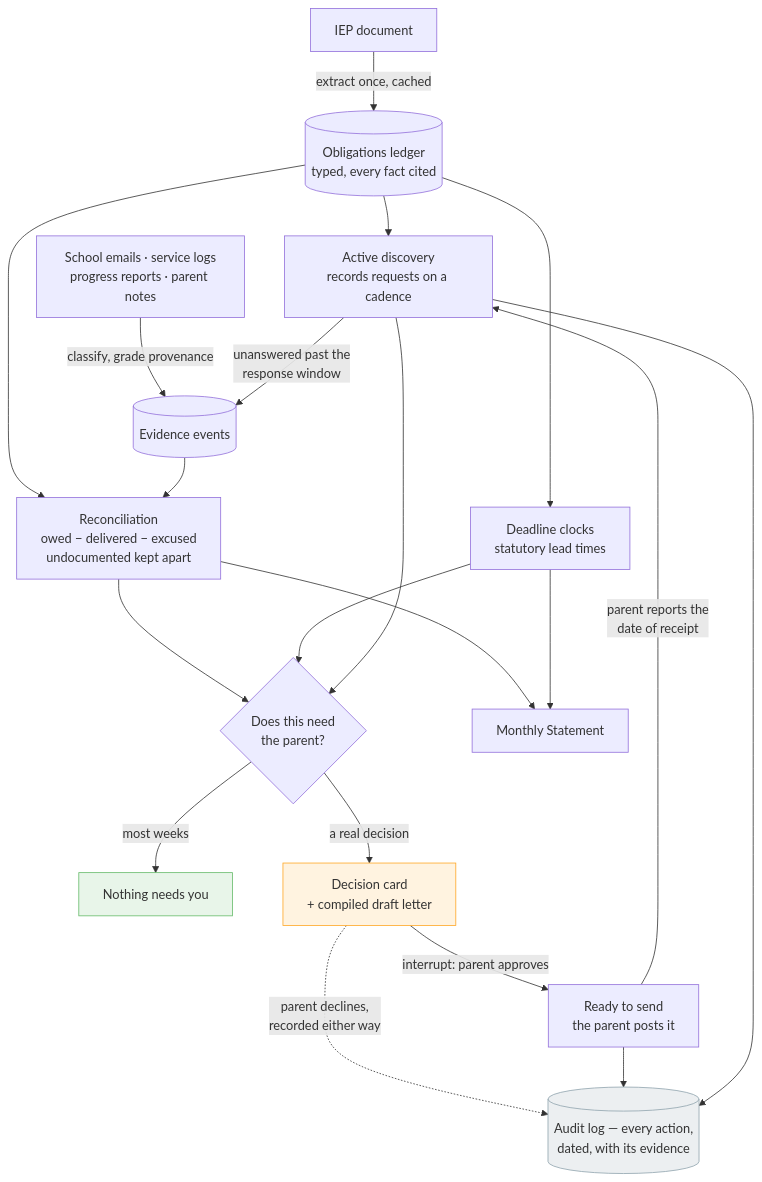
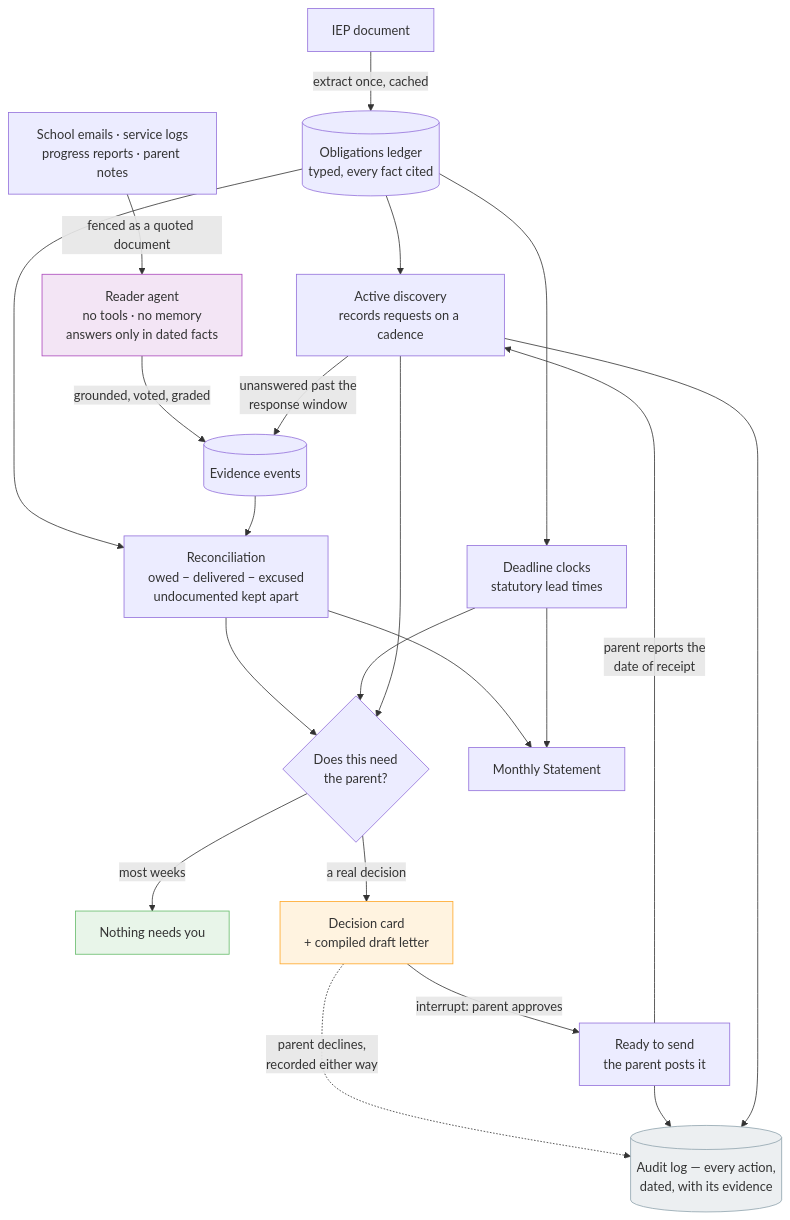
Before and after one commit to N-45div/Minutes: the diagram in README.md, drawn with Mermaid. The commit also changed other lines of this file and 4 other files, not shown here.

````diff
--- a/README.md
+++ b/README.md
@@ -47,38 +47,40 @@
 ```mermaid
 flowchart TB
     IEP[IEP document]
     MAIL[School emails · service logs<br/>progress reports · parent notes]
     AUDIT[(Audit log — every action,<br/>dated, with its evidence)]
 
     IEP -->|extract once, cached| LEDGER[(Obligations ledger<br/>typed, every fact cited)]
-    MAIL -->|classify, grade provenance| EVENTS[(Evidence events)]
+    MAIL -->|fenced as a quoted document| READER[Reader agent<br/>no tools · no memory<br/>answers only in dated facts]
+    READER -->|grounded, voted, graded| EVENTS[(Evidence events)]
 
     DISC[Active discovery<br/>records requests on a cadence] -->|unanswered past the<br/>response window| EVENTS
     LEDGER --> DISC
 
     LEDGER --> RECON[Reconciliation<br/>owed − delivered − excused<br/>undocumented kept apart]
     EVENTS --> RECON
 
     LEDGER --> CLOCKS[Deadline clocks<br/>statutory lead times]
 
     RECON --> DECIDE{Does this need<br/>the parent?}
     CLOCKS --> DECIDE
     DISC --> DECIDE
 
     DECIDE -->|most weeks| QUIET[Nothing needs you]
     DECIDE -->|a real decision| CARD[Decision card<br/>+ compiled draft letter]
 
     RECON --> STMT[Monthly Statement]
     CLOCKS --> STMT
 
     CARD -->|interrupt: parent approves| SEND[Ready to send<br/>the parent posts it]
     CARD -.->|parent declines,<br/>recorded either way| AUDIT
 
     SEND -->|parent reports the<br/>date of receipt| DISC
     SEND --> AUDIT
     DISC --> AUDIT
 
     style QUIET fill:#e8f5e9,stroke:#66bb6a
     style CARD fill:#fff3e0,stroke:#ffa726
     style AUDIT fill:#eceff1,stroke:#90a4ae
+    style READER fill:#f3e5f5,stroke:#ab47bc
 ```
````
